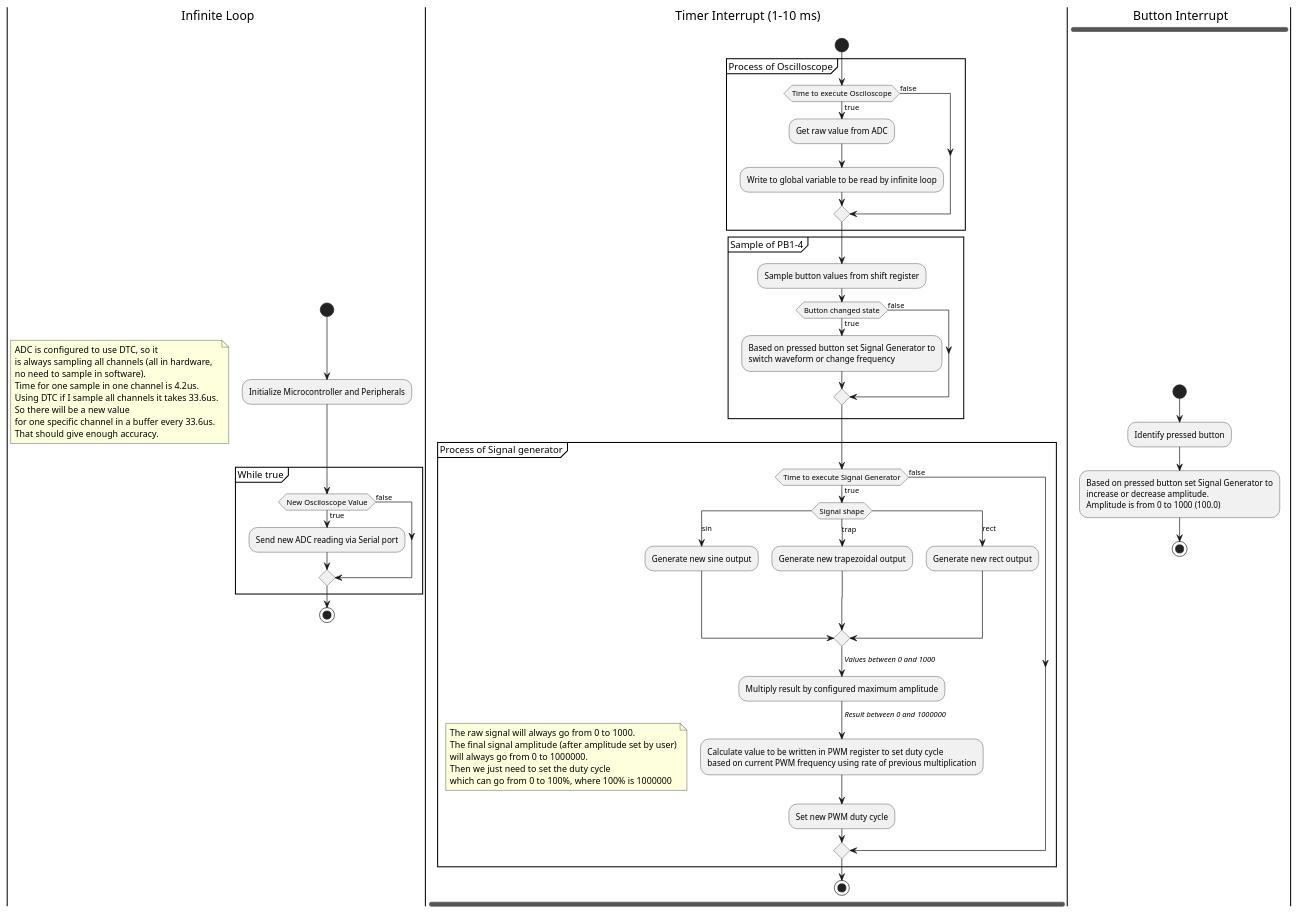
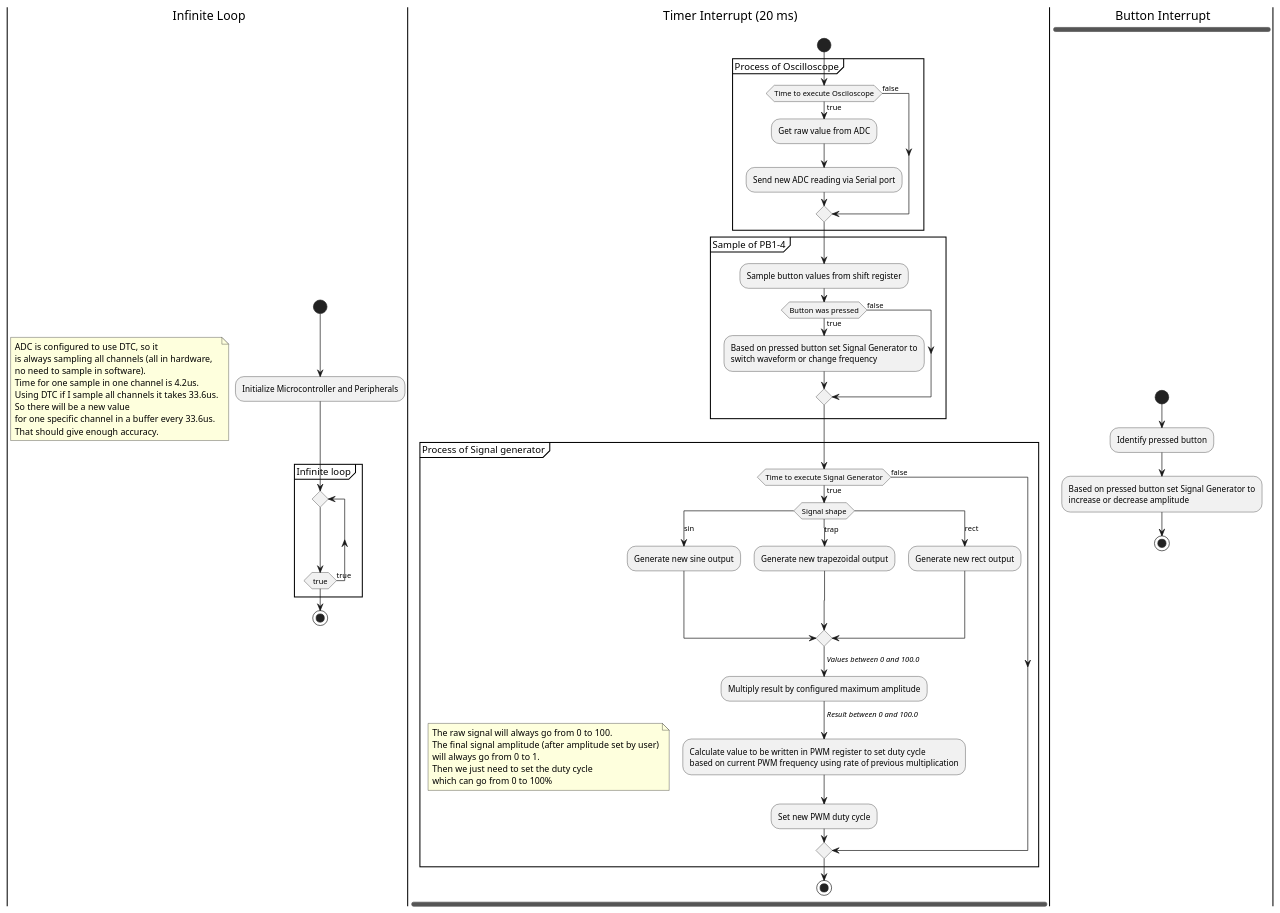
Before and after one commit to RafasLectures/microtech: the diagram in exercise8/Option 1 - Osciloscope.puml, drawn with PlantUML. The commit also changed 2 other files, not shown here.

```diff
--- a/exercise8/Option 1 - Osciloscope.puml
+++ b/exercise8/Option 1 - Osciloscope.puml
@@ -1,90 +1,88 @@
 @startuml
 'https://plantuml.com/activity-diagram-beta
 |a| Infinite Loop
-|b| Timer Interrupt (1-10 ms)
+|b| Timer Interrupt (20 ms)
 |c| Button Interrupt
 
 fork
 |a|
 -[hidden]->
 start
 
 :Initialize Microcontroller and Peripherals;
 floating note
 ADC is configured to use DTC, so it
 is always sampling all channels (all in hardware,
 no need to sample in software).
 Time for one sample in one channel is 4.2us.
 Using DTC if I sample all channels it takes 33.6us.
 So there will be a new value
 for one specific channel in a buffer every 33.6us.
 That should give enough accuracy.
 endnote
-partition While true{
+partition Infinite loop{
 
-if (New Osciloscope Value) then (true)
-:Send new ADC reading via Serial port;
-else (false)
-endif
+repeat
+repeat while (true) is (true)
+
 }
 stop
 fork again
 |b|
 -[hidden]->
 start
 partition "Process of Oscilloscope" {
 if (Time to execute Osciloscope) then (true)
     :Get raw value from ADC;
-    :Write to global variable to be read by infinite loop;
+    :Send new ADC reading via Serial port;
 else (false)
 endif
 }
 
 partition Sample of PB1-4{
 :Sample button values from shift register;
-if(Button changed state) then (true)
+if(Button was pressed) then (true)
 :Based on pressed button set Signal Generator to
 switch waveform or change frequency;
 else (false)
 endif
 }
 partition Process of Signal generator{
 if (Time to execute Signal Generator) then (true)
     switch (Signal shape)
     case (sin)
         :Generate new sine output;
     case (trap)
         :Generate new trapezoidal output;
     case (rect)
         :Generate new rect output;
     endswitch
-    ->//Values between 0 and 1000//;
+    ->//Values between 0 and 100.0//;
     :Multiply result by configured maximum amplitude;
-    ->//Result between 0 and 1000000//;
+    ->//Result between 0 and 100.0//;
     :Calculate value to be written in PWM register to set duty cycle
     based on current PWM frequency using rate of previous multiplication;
     floating note left
-    The raw signal will always go from 0 to 1000.
+    The raw signal will always go from 0 to 100.
     The final signal amplitude (after amplitude set by user)
-    will always go from 0 to 1000000.
+    will always go from 0 to 1.
     Then we just need to set the duty cycle
-    which can go from 0 to 100%, where 100% is 1000000
+    which can go from 0 to 100%
     endnote
     :Set new PWM duty cycle;
 else (false)
 endif
 }
 stop
 
 fork again
 |c|
 -[hidden]->
 start
 :Identify pressed button;
 :Based on pressed button set Signal Generator to
-increase or decrease amplitude.
-Amplitude is from 0 to 1000 (100.0);
+increase or decrease amplitude;
 stop
 
 
 @enduml
```
